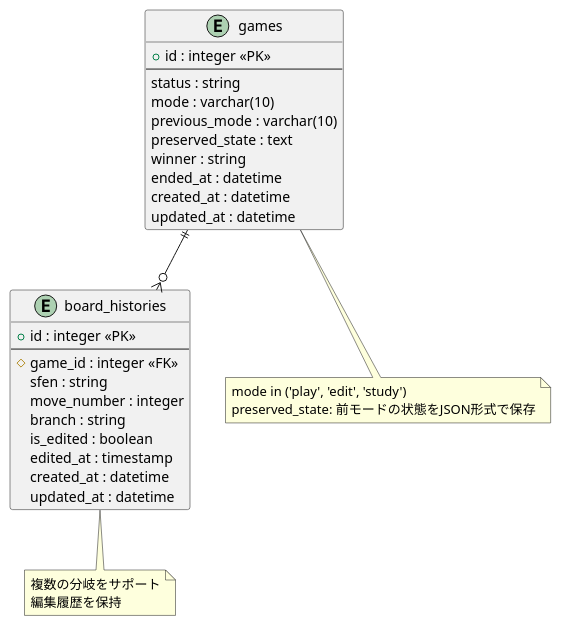
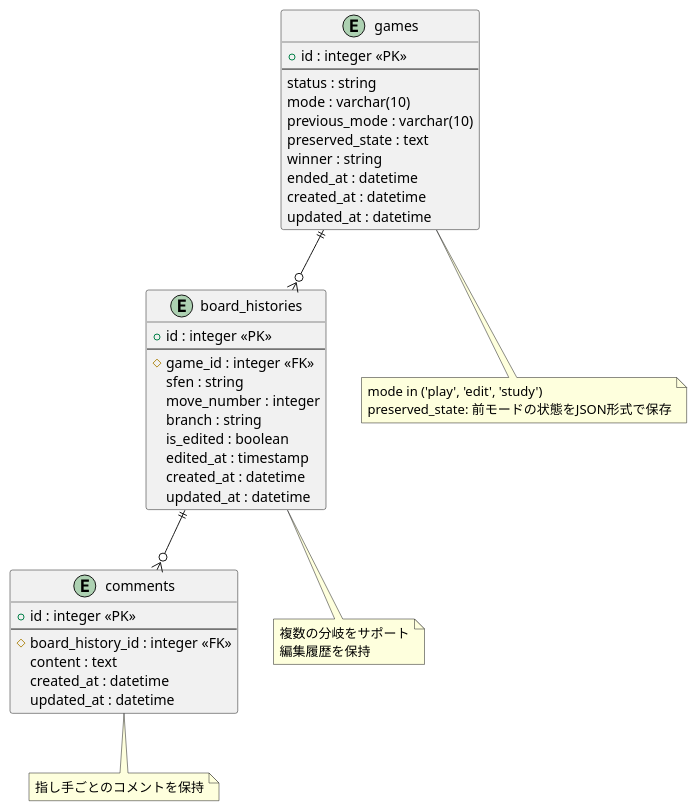
Before and after one commit to wavepacket1/shogi_gui: the diagram in docs/mode_feature/adr/er_design.puml, drawn with PlantUML. The commit also changed 9 other files, not shown here.

```diff
--- a/docs/mode_feature/adr/er_design.puml
+++ b/docs/mode_feature/adr/er_design.puml
@@ -1,41 +1,55 @@
 @startuml mode_feature_er
 
 entity "games" {
   + id : integer <<PK>>
   --
   status : string
   mode : varchar(10)
   previous_mode : varchar(10)
   preserved_state : text
   winner : string
   ended_at : datetime
   created_at : datetime
   updated_at : datetime
 }
 
 entity "board_histories" {
   + id : integer <<PK>>
   --
   # game_id : integer <<FK>>
   sfen : string
   move_number : integer
   branch : string
   is_edited : boolean
   edited_at : timestamp
   created_at : datetime
   updated_at : datetime
 }
 
+entity "comments" {
+  + id : integer <<PK>>
+  --
+  # board_history_id : integer <<FK>>
+  content : text
+  created_at : datetime
+  updated_at : datetime
+}
+
 games ||--o{ board_histories
+board_histories ||--o{ comments
 
 note bottom of games
   mode in ('play', 'edit', 'study')
   preserved_state: 前モードの状態をJSON形式で保存
 end note
 
 note bottom of board_histories
   複数の分岐をサポート
   編集履歴を保持
 end note
 
+note bottom of comments
+  指し手ごとのコメントを保持
+end note
+
 @enduml
```
